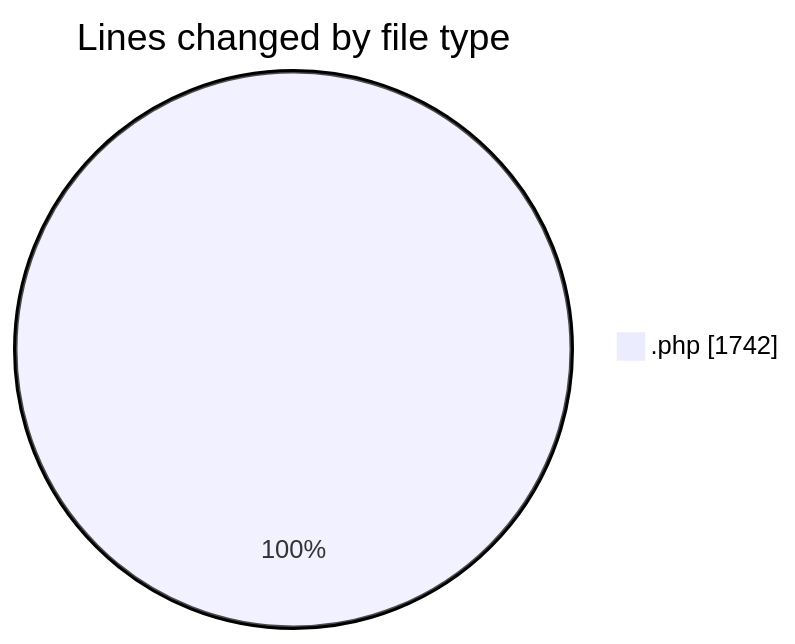
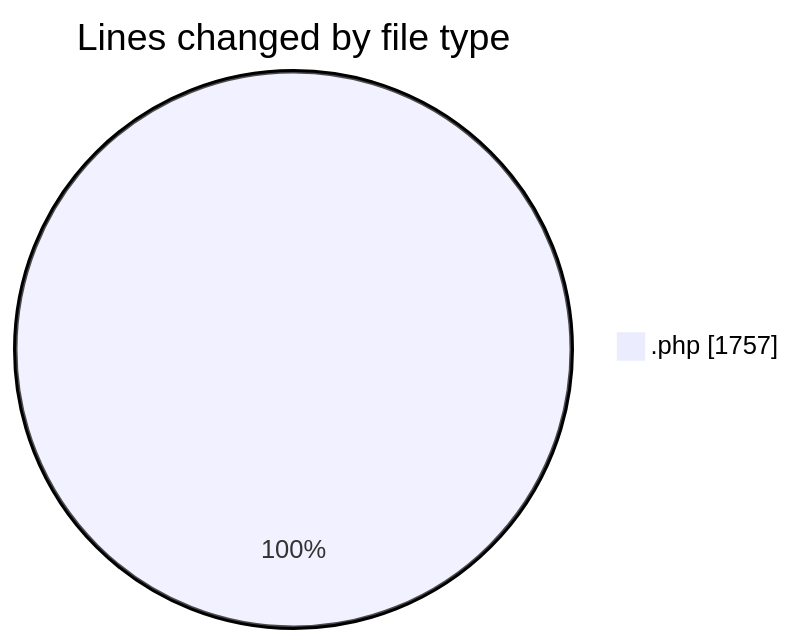
Before and after one commit to LanceThiago/code-tracking: the first of 2 diagrams in 2026-08-28/oficina/README.md, drawn with Mermaid. The commit also changed other lines of this file and 1 other file, not shown here.

````diff
--- a/2026-08-28/oficina/README.md
+++ b/2026-08-28/oficina/README.md
@@ -20,5 +20,5 @@
 ```mermaid
 pie showData
 title Lines changed by file type
-".php" : 1742
+".php" : 1757
 ```
````
